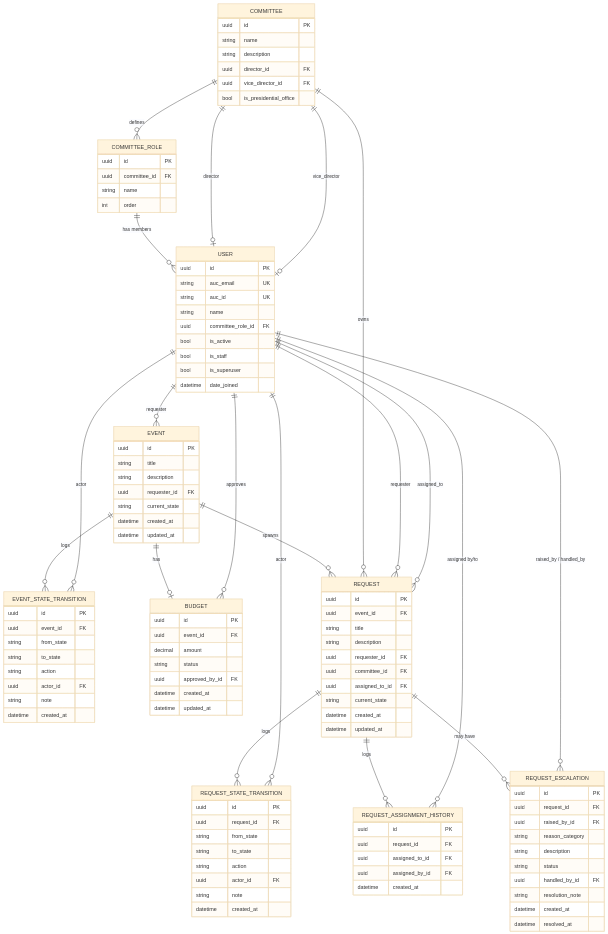
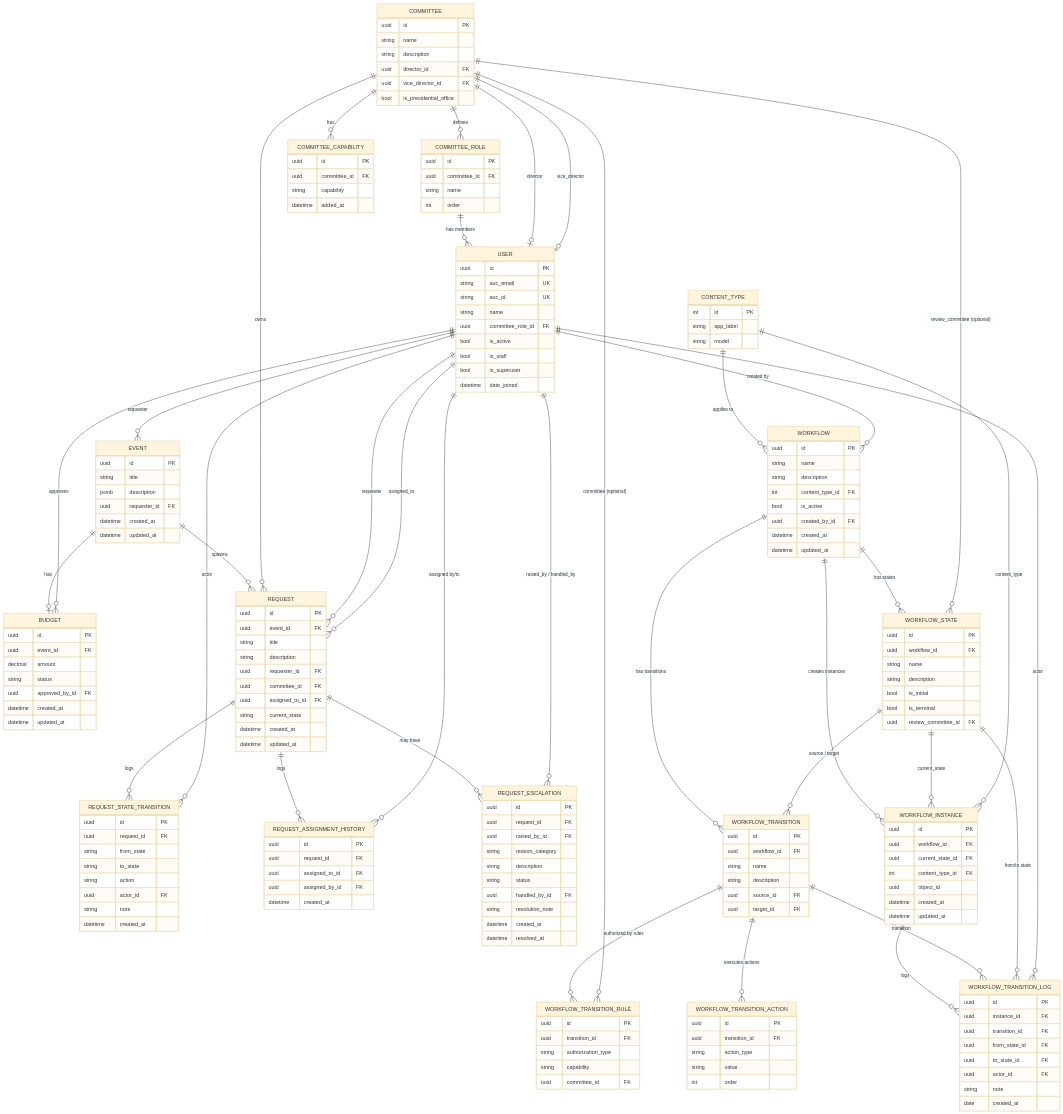
Before and after one commit to alyswillam-pixel/resala-platform: the diagram in docs/diagrams/database/database-schema.mmd, drawn with Mermaid (base theme). The commit also changed 3 other files, not shown here.

Commit message:
docs: add ADR-0017 and update database schema diagram

```diff
--- a/docs/diagrams/database/database-schema.mmd
+++ b/docs/diagrams/database/database-schema.mmd
@@ -1,115 +1,196 @@
 erDiagram
     COMMITTEE ||--o{ COMMITTEE_ROLE : "defines"
+    COMMITTEE ||--o{ COMMITTEE_CAPABILITY : "has"
     COMMITTEE_ROLE ||--o{ USER : "has members"
     COMMITTEE ||--o| USER : "director"
     COMMITTEE ||--o| USER : "vice_director"
     USER ||--o{ EVENT : "requester"
-    EVENT ||--o{ EVENT_STATE_TRANSITION : "logs"
-    USER ||--o{ EVENT_STATE_TRANSITION : "actor"
     EVENT ||--o| BUDGET : "has"
     USER ||--o{ BUDGET : "approves"
     EVENT ||--o{ REQUEST : "spawns"
     COMMITTEE ||--o{ REQUEST : "owns"
     USER ||--o{ REQUEST : "requester"
     USER ||--o{ REQUEST : "assigned_to"
     REQUEST ||--o{ REQUEST_STATE_TRANSITION : "logs"
     USER ||--o{ REQUEST_STATE_TRANSITION : "actor"
     REQUEST ||--o{ REQUEST_ASSIGNMENT_HISTORY : "logs"
     USER ||--o{ REQUEST_ASSIGNMENT_HISTORY : "assigned by/to"
     REQUEST ||--o{ REQUEST_ESCALATION : "may have"
     USER ||--o{ REQUEST_ESCALATION : "raised_by / handled_by"
+    
+    %% Workflow System Relations
+    CONTENT_TYPE ||--o{ WORKFLOW : "applies to"
+    USER ||--o{ WORKFLOW : "created by"
+    WORKFLOW ||--o{ WORKFLOW_STATE : "has states"
+    COMMITTEE ||--o{ WORKFLOW_STATE : "review_committee (optional)"
+    WORKFLOW ||--o{ WORKFLOW_TRANSITION : "has transitions"
+    WORKFLOW_STATE ||--o{ WORKFLOW_TRANSITION : "source / target"
+    WORKFLOW_TRANSITION ||--o{ WORKFLOW_TRANSITION_RULE : "authorized by rules"
+    COMMITTEE ||--o{ WORKFLOW_TRANSITION_RULE : "committee (optional)"
+    WORKFLOW_TRANSITION ||--o{ WORKFLOW_TRANSITION_ACTION : "executes actions"
+    WORKFLOW ||--o{ WORKFLOW_INSTANCE : "creates instances"
+    WORKFLOW_STATE ||--o{ WORKFLOW_INSTANCE : "current_state"
+    CONTENT_TYPE ||--o{ WORKFLOW_INSTANCE : "content_type"
+    WORKFLOW_INSTANCE ||--o{ WORKFLOW_TRANSITION_LOG : "logs"
+    WORKFLOW_TRANSITION ||--o{ WORKFLOW_TRANSITION_LOG : "transition"
+    WORKFLOW_STATE ||--o{ WORKFLOW_TRANSITION_LOG : "from/to state"
+    USER ||--o{ WORKFLOW_TRANSITION_LOG : "actor"
 
+    CONTENT_TYPE {
+        int id PK
+        string app_label
+        string model
+    }
+    
     COMMITTEE {
         uuid id PK
         string name
         string description
         uuid director_id FK
         uuid vice_director_id FK
         bool is_presidential_office
+    }
+    COMMITTEE_CAPABILITY {
+        uuid id PK
+        uuid committee_id FK
+        string capability
+        datetime added_at
     }
     USER {
         uuid id PK
         string auc_email UK
         string auc_id UK
         string name
         uuid committee_role_id FK
         bool is_active
         bool is_staff
         bool is_superuser
         datetime date_joined
     }
     COMMITTEE_ROLE {
         uuid id PK
         uuid committee_id FK
         string name
         int order
     }
     EVENT {
         uuid id PK
         string title
-        string description
+        jsonb description
         uuid requester_id FK
-        string current_state
         datetime created_at
         datetime updated_at
-    }
-    EVENT_STATE_TRANSITION {
-        uuid id PK
-        uuid event_id FK
-        string from_state
-        string to_state
-        string action
-        uuid actor_id FK
-        string note
-        datetime created_at
     }
     BUDGET {
         uuid id PK
         uuid event_id FK
         decimal amount
         string status
         uuid approved_by_id FK
         datetime created_at
         datetime updated_at
     }
+    
+    %% Generic Workflows
+    WORKFLOW {
+        uuid id PK
+        string name
+        string description
+        int content_type_id FK
+        bool is_active
+        uuid created_by_id FK
+        datetime created_at
+        datetime updated_at
+    }
+    WORKFLOW_STATE {
+        uuid id PK
+        uuid workflow_id FK
+        string name
+        string description
+        bool is_initial
+        bool is_terminal
+        uuid review_committee_id FK
+    }
+    WORKFLOW_TRANSITION {
+        uuid id PK
+        uuid workflow_id FK
+        string name
+        string description
+        uuid source_id FK
+        uuid target_id FK
+    }
+    WORKFLOW_TRANSITION_RULE {
+        uuid id PK
+        uuid transition_id FK
+        string authorization_type
+        string capability
+        uuid committee_id FK
+    }
+    WORKFLOW_TRANSITION_ACTION {
+        uuid id PK
+        uuid transition_id FK
+        string action_type
+        string value
+        int order
+    }
+    WORKFLOW_INSTANCE {
+        uuid id PK
+        uuid workflow_id FK
+        uuid current_state_id FK
+        int content_type_id FK
+        uuid object_id
+        datetime created_at
+        datetime updated_at
+    }
+    WORKFLOW_TRANSITION_LOG {
+        uuid id PK
+        uuid instance_id FK
+        uuid transition_id FK
+        uuid from_state_id FK
+        uuid to_state_id FK
+        uuid actor_id FK
+        string note
+        date created_at
+    }
+
     REQUEST {
         uuid id PK
         uuid event_id FK
         string title
         string description
         uuid requester_id FK
         uuid committee_id FK
         uuid assigned_to_id FK
         string current_state
         datetime created_at
         datetime updated_at
     }
     REQUEST_STATE_TRANSITION {
         uuid id PK
         uuid request_id FK
         string from_state
         string to_state
         string action
         uuid actor_id FK
         string note
         datetime created_at
     }
     REQUEST_ASSIGNMENT_HISTORY {
         uuid id PK
         uuid request_id FK
         uuid assigned_to_id FK
         uuid assigned_by_id FK
         datetime created_at
     }
     REQUEST_ESCALATION {
         uuid id PK
         uuid request_id FK
         uuid raised_by_id FK
         string reason_category
         string description
         string status
         uuid handled_by_id FK
         string resolution_note
         datetime created_at
         datetime resolved_at
     }
```
